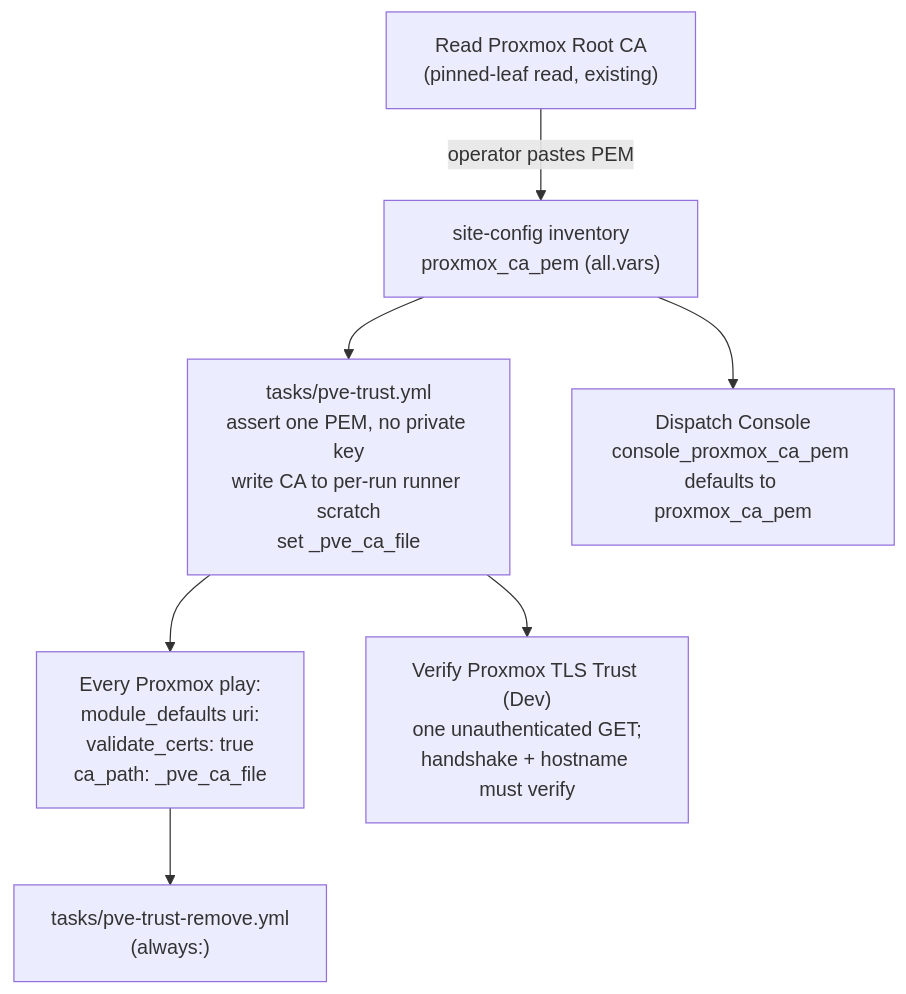
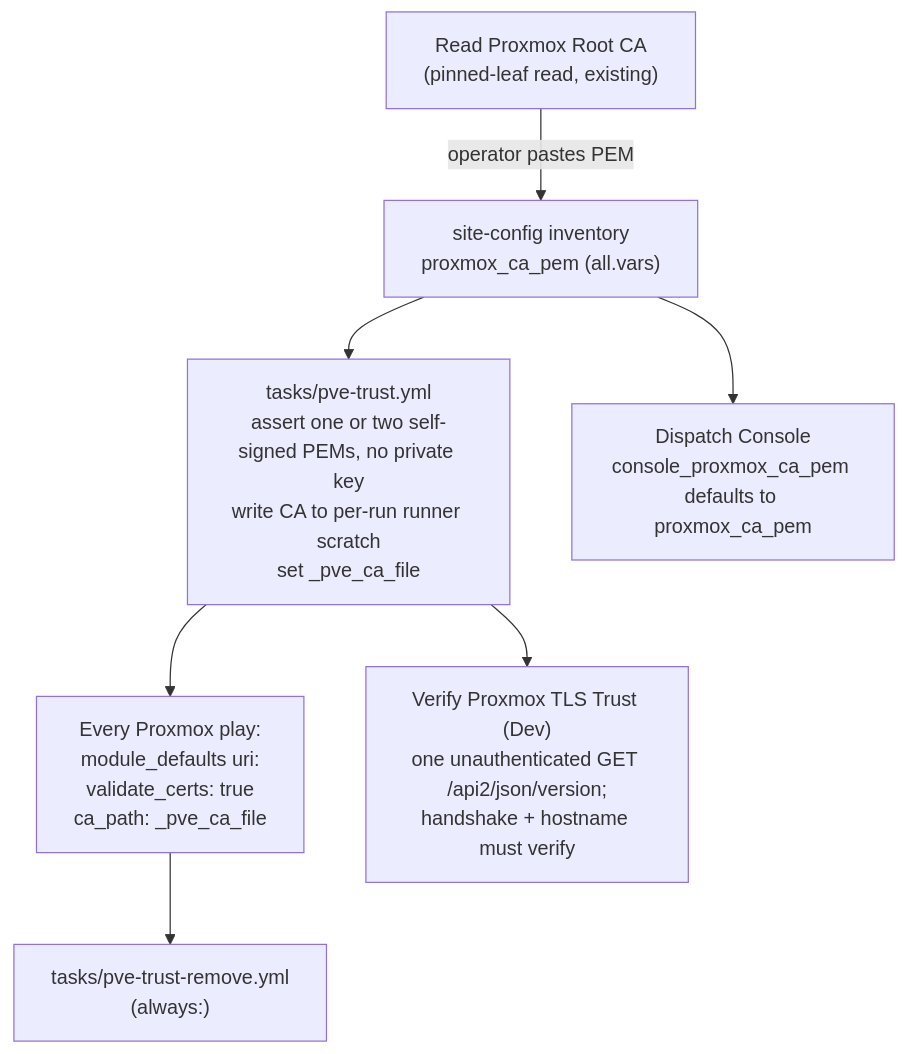
One commit to uhstray-io/agent-cloud changed the diagram in plan/development/19-proxmox-ca-pinning.md. Above: the diagram before and after it, drawn with Mermaid. The commit also changed other lines of this file and 1 other file, not shown here.

First line of the commit message:
docs(plan): address plan 19 review: scope ca_path to Proxmox, contract entries, canary, rotation

````diff
--- a/plan/development/19-proxmox-ca-pinning.md
+++ b/plan/development/19-proxmox-ca-pinning.md
@@ -34,9 +34,9 @@
 ```mermaid
 flowchart TD
     READ["Read Proxmox Root CA<br/>(pinned-leaf read, existing)"] -->|operator pastes PEM| SC["site-config inventory<br/>proxmox_ca_pem (all.vars)"]
-    SC --> TRUST["tasks/pve-trust.yml<br/>assert one PEM, no private key<br/>write CA to per-run runner scratch<br/>set _pve_ca_file"]
+    SC --> TRUST["tasks/pve-trust.yml<br/>assert one or two self-signed PEMs, no private key<br/>write CA to per-run runner scratch<br/>set _pve_ca_file"]
     TRUST --> PLAYS["Every Proxmox play:<br/>module_defaults uri:<br/>validate_certs: true<br/>ca_path: _pve_ca_file"]
-    TRUST --> PROBE["Verify Proxmox TLS Trust (Dev)<br/>one unauthenticated GET;<br/>handshake + hostname must verify"]
+    TRUST --> PROBE["Verify Proxmox TLS Trust (Dev)<br/>one unauthenticated GET /api2/json/version;<br/>handshake + hostname must verify"]
     PLAYS --> REMOVE["tasks/pve-trust-remove.yml<br/>(always:)"]
     SC --> CONSOLE["Dispatch Console<br/>console_proxmox_ca_pem defaults to proxmox_ca_pem"]
 ```
````
